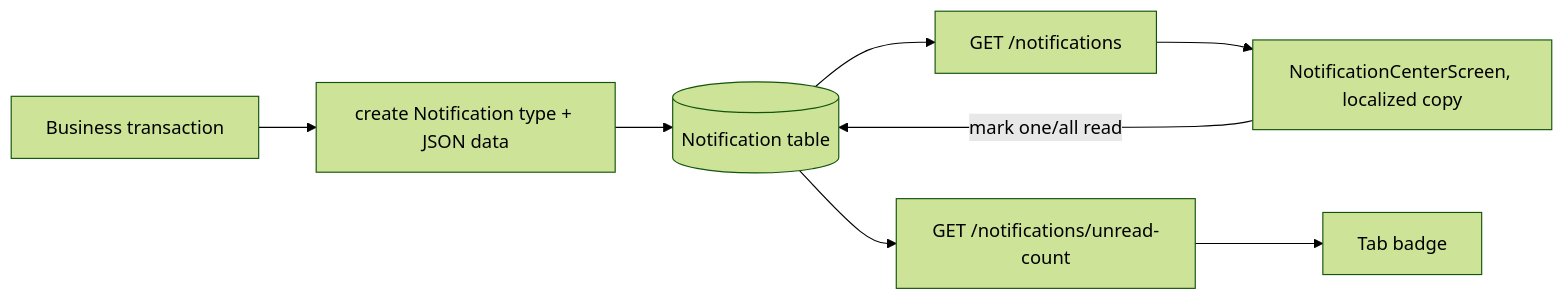
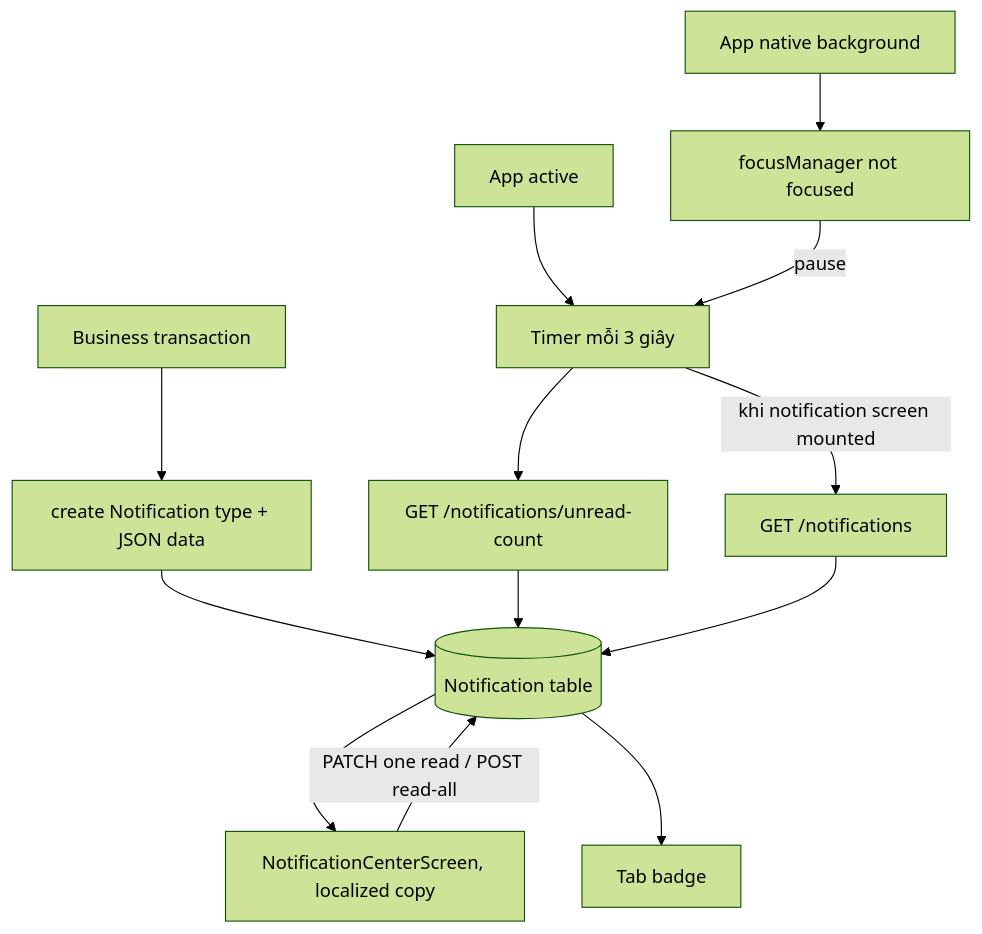
Diagram 13 of 17 in docs/FLOWS.md (hqkh4nh/event-ticketing), drawn with Mermaid (forest theme) before and after one commit. The commit also changed other lines of this file and 7 other files, not shown here.

Commit message:
docs: update architecture and notification polling details across documentation

````diff
--- a/docs/FLOWS.md
+++ b/docs/FLOWS.md
@@ -364,10 +364,15 @@
 ```mermaid
-flowchart LR
+flowchart TD
   E[Business transaction] --> N[create Notification type + JSON data]
   N --> D[(Notification table)]
-  D --> L[GET /notifications]
-  D --> B[GET /notifications/unread-count]
-  L --> UI[NotificationCenterScreen, localized copy]
-  B --> TAB[Tab badge]
-  UI -->|mark one/all read| D
+  A[App active] --> P[Timer mỗi 3 giây]
+  P --> B[GET /notifications/unread-count]
+  P -->|khi notification screen mounted| L[GET /notifications]
+  B --> D
+  L --> D
+  D --> UI[NotificationCenterScreen, localized copy]
+  D --> TAB[Tab badge]
+  UI -->|PATCH one read / POST read-all| D
+  BG[App native background] --> S[focusManager not focused]
+  S -->|pause| P
 ```
````
